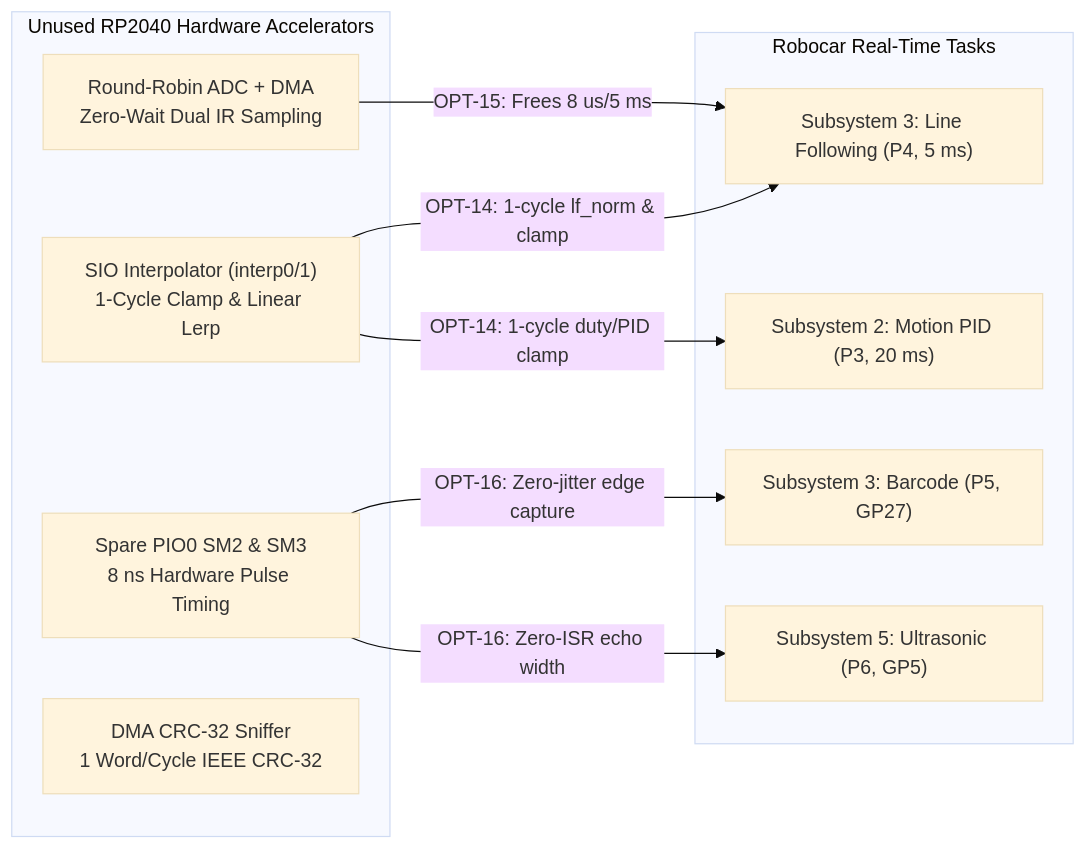
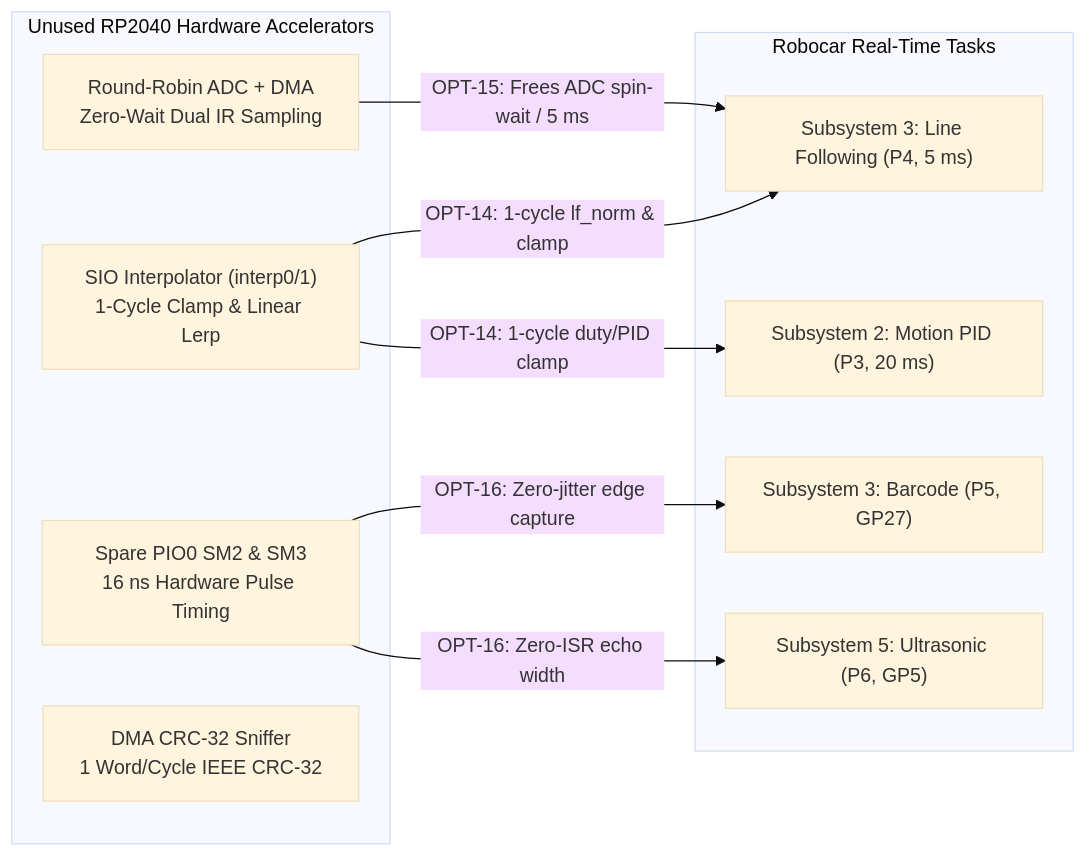
One commit to leeruochen/inf-2004-project changed the diagram in docs/EMBEDDED_OPTIMIZATIONS.md. Above: the diagram before and after it, drawn with Mermaid (base theme). The commit also changed other lines of this file and 10 other files, not shown here.

````diff
--- a/docs/EMBEDDED_OPTIMIZATIONS.md
+++ b/docs/EMBEDDED_OPTIMIZATIONS.md
@@ -429,20 +414,20 @@
 ```mermaid
 flowchart LR
     subgraph RP2040_Silicon["Unused RP2040 Hardware Accelerators"]
         INTERP["SIO Interpolator (interp0/1)<br/>1-Cycle Clamp & Linear Lerp"]
         ADCDMA["Round-Robin ADC + DMA<br/>Zero-Wait Dual IR Sampling"]
-        PIOSM["Spare PIO0 SM2 & SM3<br/>8 ns Hardware Pulse Timing"]
+        PIOSM["Spare PIO0 SM2 & SM3<br/>16 ns Hardware Pulse Timing"]
         SNIFF["DMA CRC-32 Sniffer<br/>1 Word/Cycle IEEE CRC-32"]
     end
     subgraph Tasks["Robocar Real-Time Tasks"]
         LF["Subsystem 3: Line Following (P4, 5 ms)"]
         MOT["Subsystem 2: Motion PID (P3, 20 ms)"]
         BC["Subsystem 3: Barcode (P5, GP27)"]
         US["Subsystem 5: Ultrasonic (P6, GP5)"]
     end
     INTERP -->|"OPT-14: 1-cycle lf_norm & clamp"| LF
     INTERP -->|"OPT-14: 1-cycle duty/PID clamp"| MOT
-    ADCDMA -->|"OPT-15: Frees 8 us/5 ms"| LF
+    ADCDMA -->|"OPT-15: Frees ADC spin-wait / 5 ms"| LF
     PIOSM -->|"OPT-16: Zero-jitter edge capture"| BC
     PIOSM -->|"OPT-16: Zero-ISR echo width"| US
 ```
````
